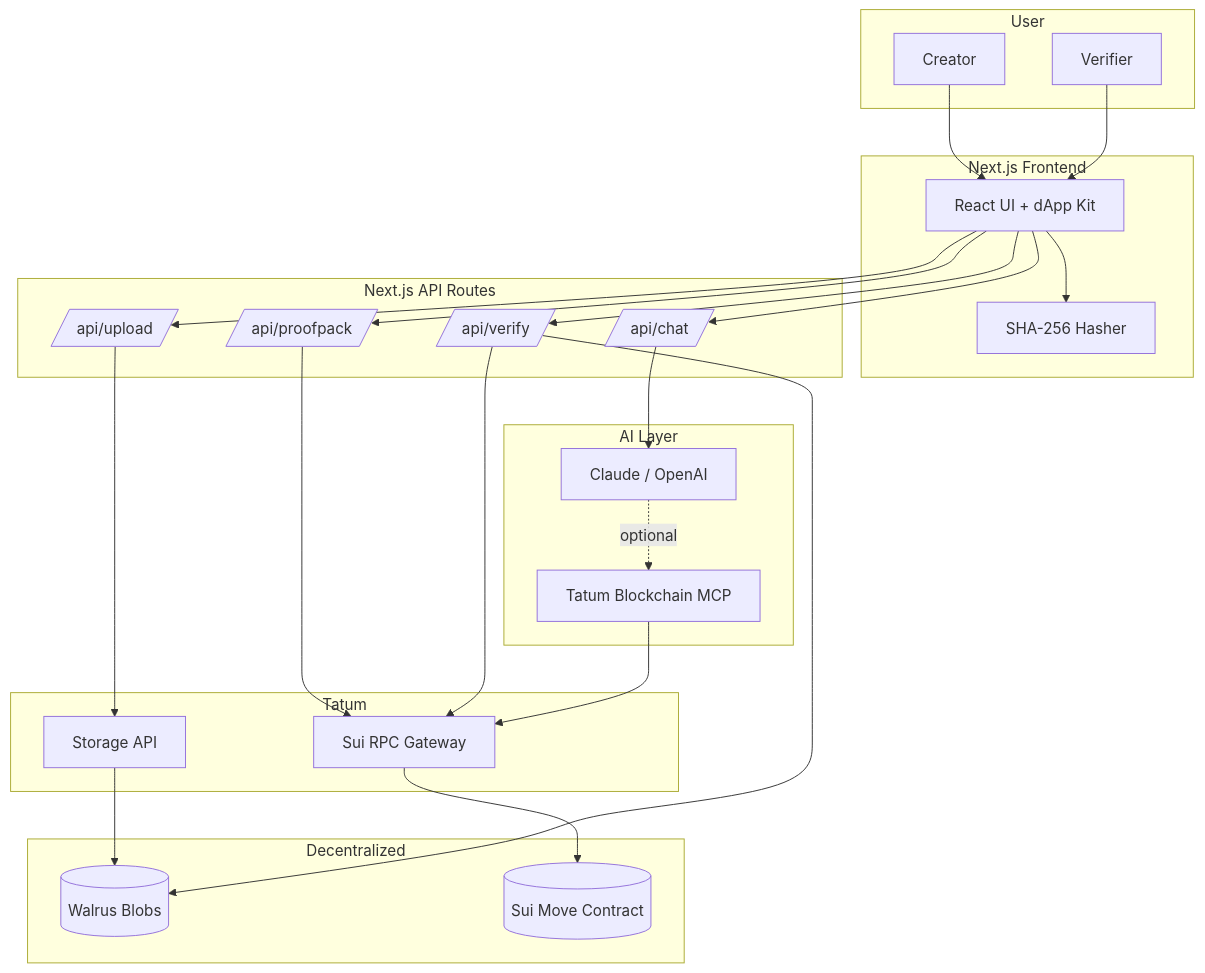
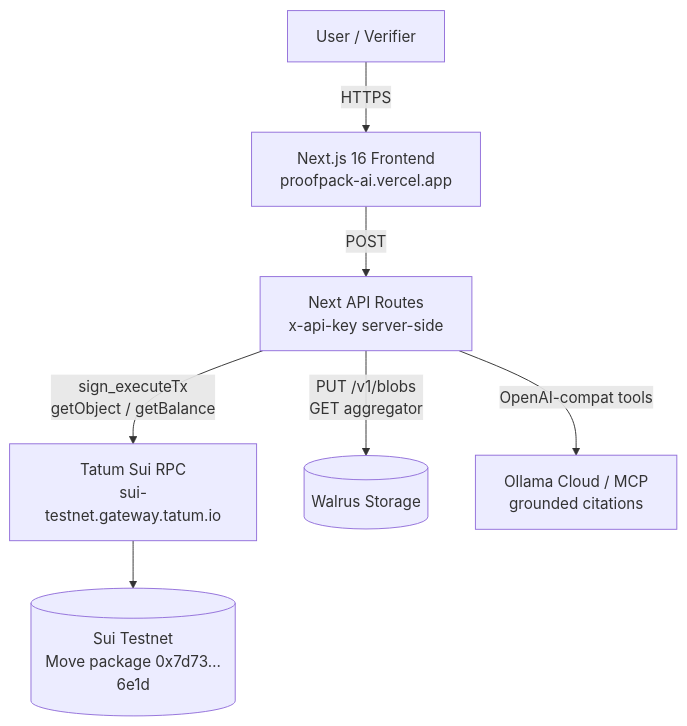
Before and after one commit to EzraNahumury/tatum-walrus: the first of 2 diagrams in README.md, drawn with Mermaid. The commit also changed other lines of this file, not shown here.

````diff
--- a/README.md
+++ b/README.md
@@ -158,51 +40,9 @@
 ```mermaid
 graph TB
-    subgraph User
-      U[Creator]
-      V[Verifier]
-    end
-
-    subgraph Frontend["Next.js Frontend"]
-      UI[React UI + dApp Kit]
-      H[SHA-256 Hasher]
-    end
-
-    subgraph API["Next.js API Routes"]
-      UP[/api/upload/]
-      PP[/api/proofpack/]
-      VF[/api/verify/]
-      AI[/api/chat/]
-    end
-
-    subgraph Tatum["Tatum"]
-      TR[Sui RPC Gateway]
-      TS[Storage API]
-    end
-
-    subgraph Decentralized
-      W[(Walrus Blobs)]
-      S[(Sui Move Contract)]
-    end
-
-    subgraph AILayer["AI Layer"]
-      LLM[Claude / OpenAI]
-      MCP[Tatum Blockchain MCP]
-    end
-
-    U --> UI
-    V --> UI
-    UI --> H
-    UI --> UP
-    UP --> TS
-    TS --> W
-    UI --> PP
-    PP --> TR
-    TR --> S
-    UI --> VF
-    VF --> TR
-    VF --> W
-    UI --> AI
-    AI --> LLM
-    LLM -.optional.-> MCP
-    MCP --> TR
+    U[User / Verifier] -->|HTTPS| FE[Next.js 16 Frontend<br/>proofpack-ai.vercel.app]
+    FE -->|POST| API[Next API Routes<br/>x-api-key server-side]
+    API -->|sign_executeTx<br/>getObject / getBalance| RPC[Tatum Sui RPC<br/>sui-testnet.gateway.tatum.io]
+    API -->|PUT /v1/blobs<br/>GET aggregator| W[(Walrus Storage)]
+    RPC --> SUI[(Sui Testnet<br/>Move package 0x7d73…6e1d)]
+    API -->|OpenAI-compat tools| LLM[Ollama Cloud / MCP<br/>grounded citations]
 ```
````
